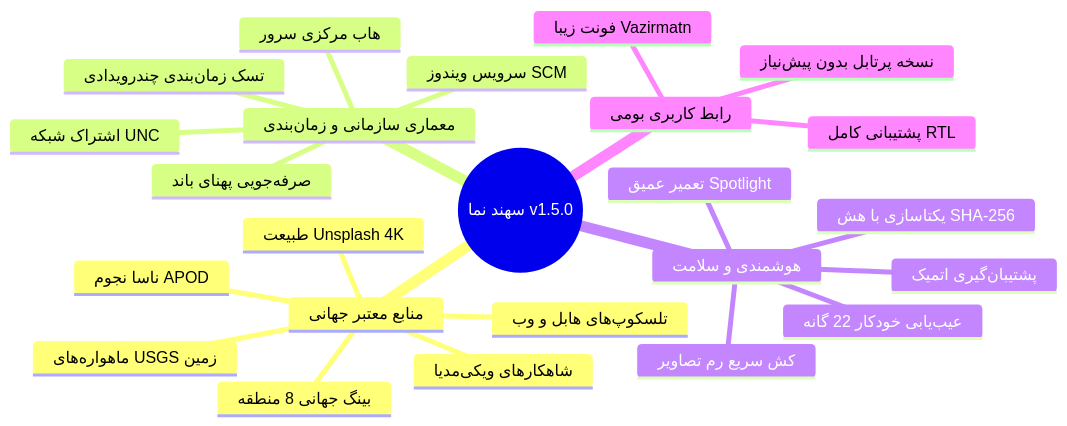
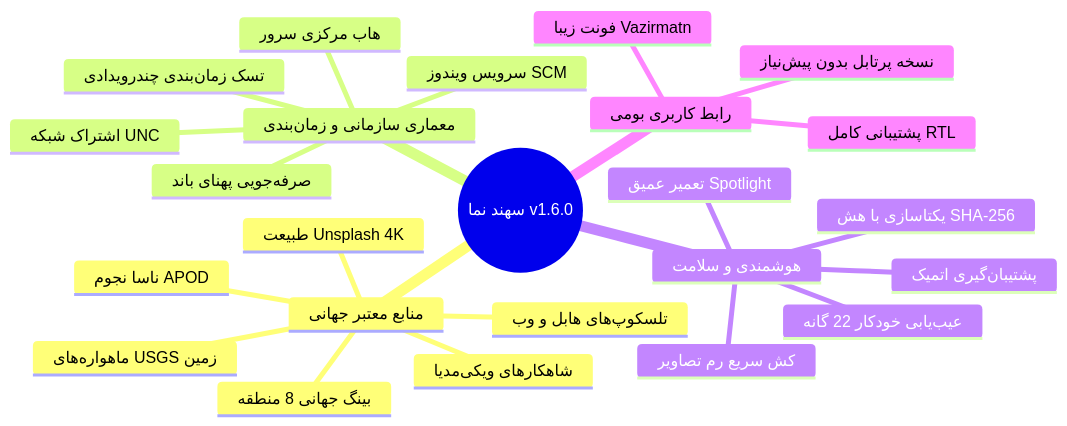
Before and after one commit to taimazus/SetWinWallpaper: the diagram in wiki/Home.md, drawn with Mermaid. The commit also changed other lines of this file and 10 other files, not shown here.

````diff
--- a/wiki/Home.md
+++ b/wiki/Home.md
@@ -22,27 +22,27 @@
 ```mermaid
 mindmap
-  root((سهند نما v1.5.0))
+  root((سهند نما v1.6.0))
     منابع معتبر جهانی
       بینگ جهانی 8 منطقه
       ناسا نجوم APOD
       تلسکوپ‌های هابل و وب
       طبیعت Unsplash 4K
       شاهکارهای ویکی‌مدیا
       ماهواره‌های USGS زمین
     معماری سازمانی و زمان‌بندی
       هاب مرکزی سرور
       اشتراک شبکه UNC
       سرویس ویندوز SCM
       تسک زمان‌بندی چندرویدادی
       صرفه‌جویی پهنای باند
     هوشمندی و سلامت
       عیب‌یابی خودکار 22 گانه
       تعمیر عمیق Spotlight
       یکتاسازی با هش SHA-256
       پشتیبان‌گیری اتمیک
       کش سریع رم تصاویر
     رابط کاربری بومی
       پشتیبانی کامل RTL
       فونت زیبا Vazirmatn
       نسخه پرتابل بدون پیش‌نیاز
 ```
````
